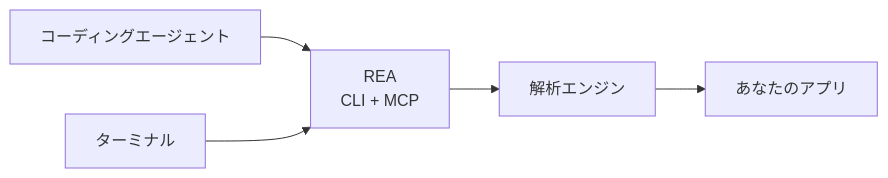
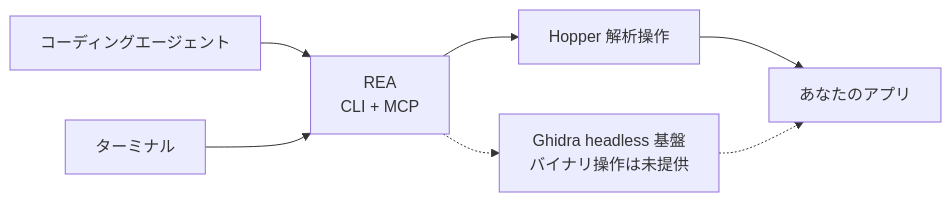
One commit to bryankwandou/rea changed the diagram in README_ja.md. Above: the diagram before and after it, drawn with Mermaid. The commit also changed other lines of this file and 233 other files, not shown here.

Commit message:
feat(ghidra): add private headless provider session

````diff
--- a/README_ja.md
+++ b/README_ja.md
@@ -177,7 +179,9 @@
 ```mermaid
 flowchart LR
     Agent["コーディングエージェント"] --> REA["REA<br/>CLI + MCP"]
     Terminal["ターミナル"] --> REA
-    REA --> Hopper["解析エンジン"]
+    REA --> Hopper["Hopper 解析操作"]
     Hopper --> App["あなたのアプリ"]
+    REA -.-> Ghidra["Ghidra headless 基盤<br/>バイナリ操作は未提供"]
+    Ghidra -.-> App
 ```
````
